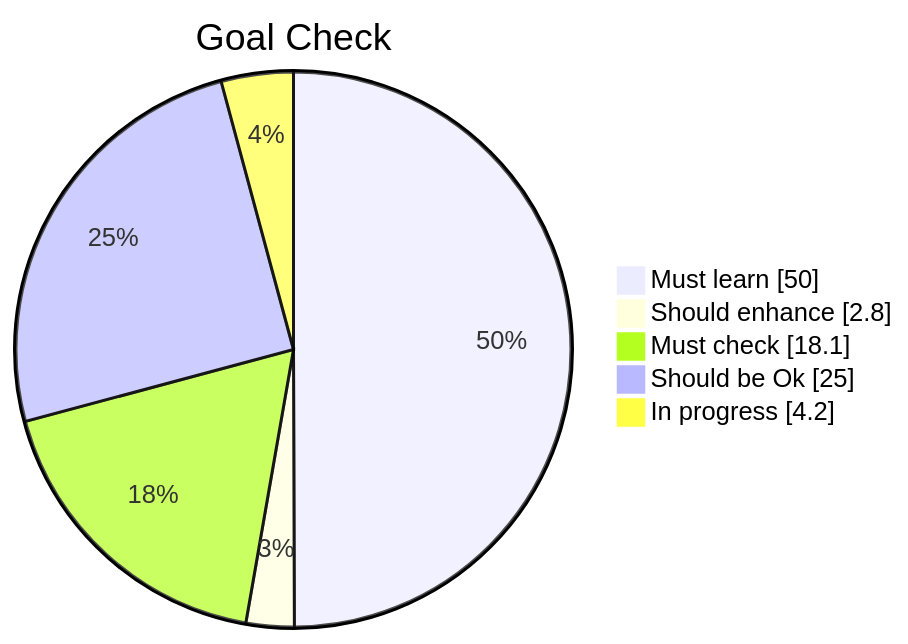
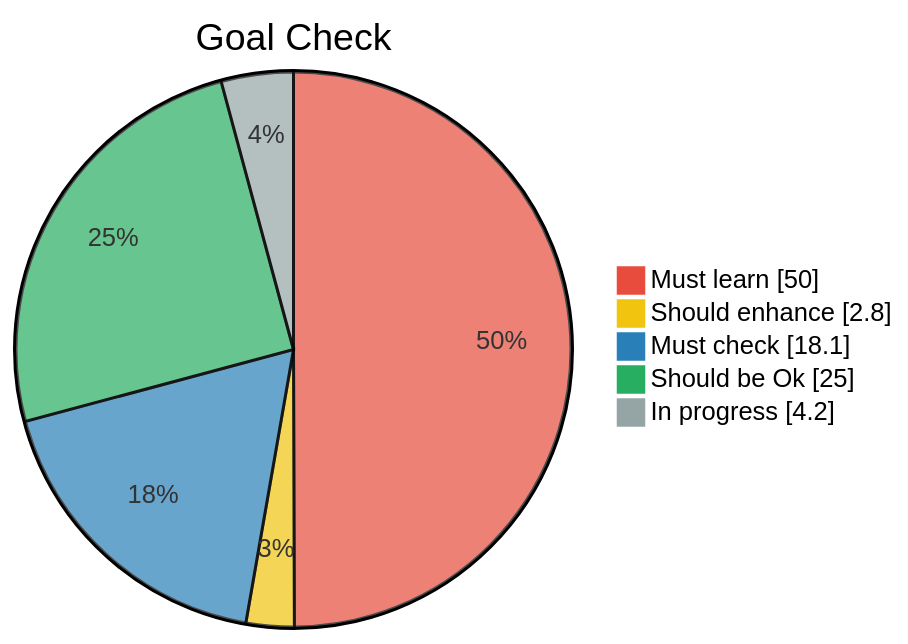
Before and after one commit to nadnone/nadnone: the diagram in README.md, drawn with Mermaid.

Commit message:
I forgot a comma :x

````diff
--- a/README.md
+++ b/README.md
@@ -7,27 +7,27 @@
 ```mermaid
 
 %%{
 init: 
     {
-    "theme": "base",
+    "theme": "black",
     "themeVariables": 
         {   
             "pie1": "#e74c3c",
             "pie2": "#f1c40f",
             "pie3": "#2980b9",
-            "pie4": "#27ae60"
+            "pie4": "#27ae60",
             "pie5": "#95a5a6"
         }
     }
 }%%
 
 pie showData
     title Goal Check
     "Must learn": 50.0
     "Should enhance": 2.8
     "Must check": 18.1
     "Should be Ok": 25.0
     "In progress": 4.2
 
 
 ```
````
